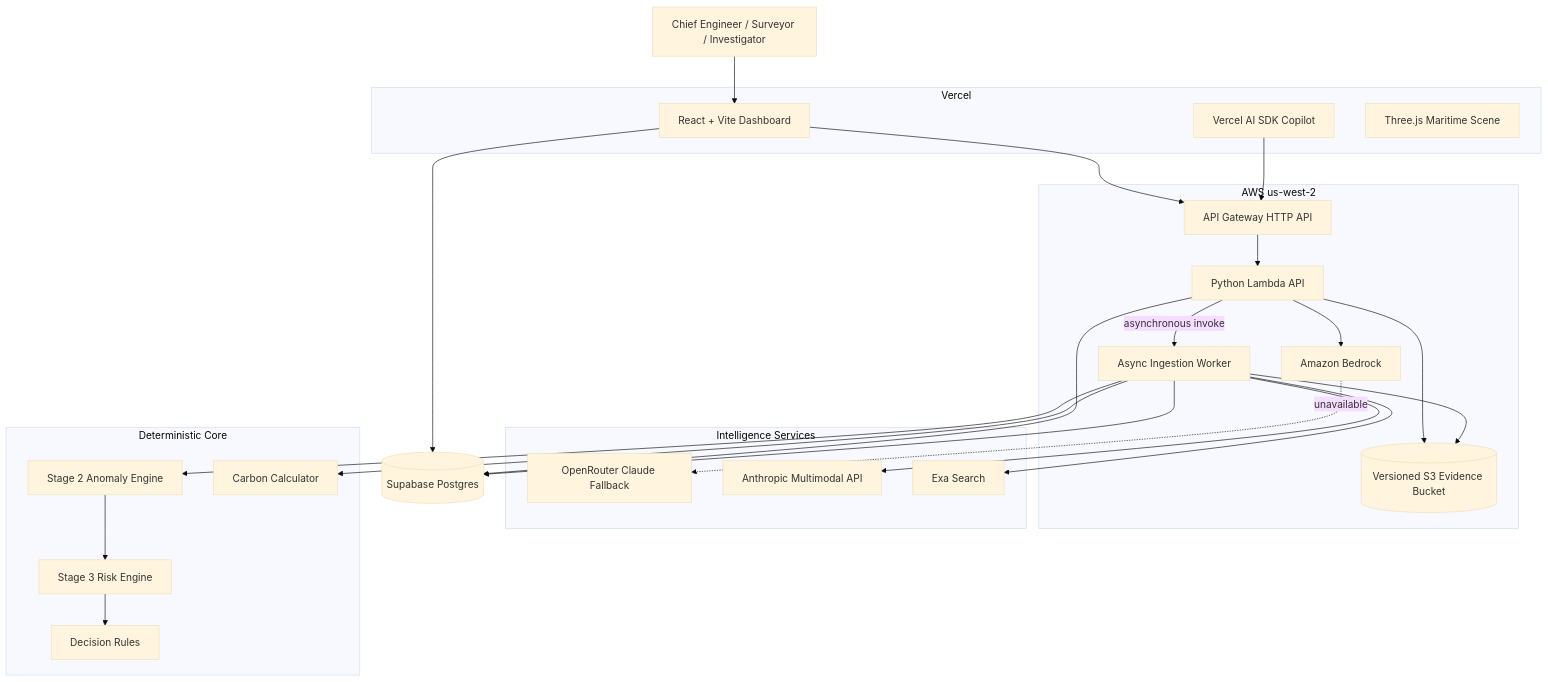
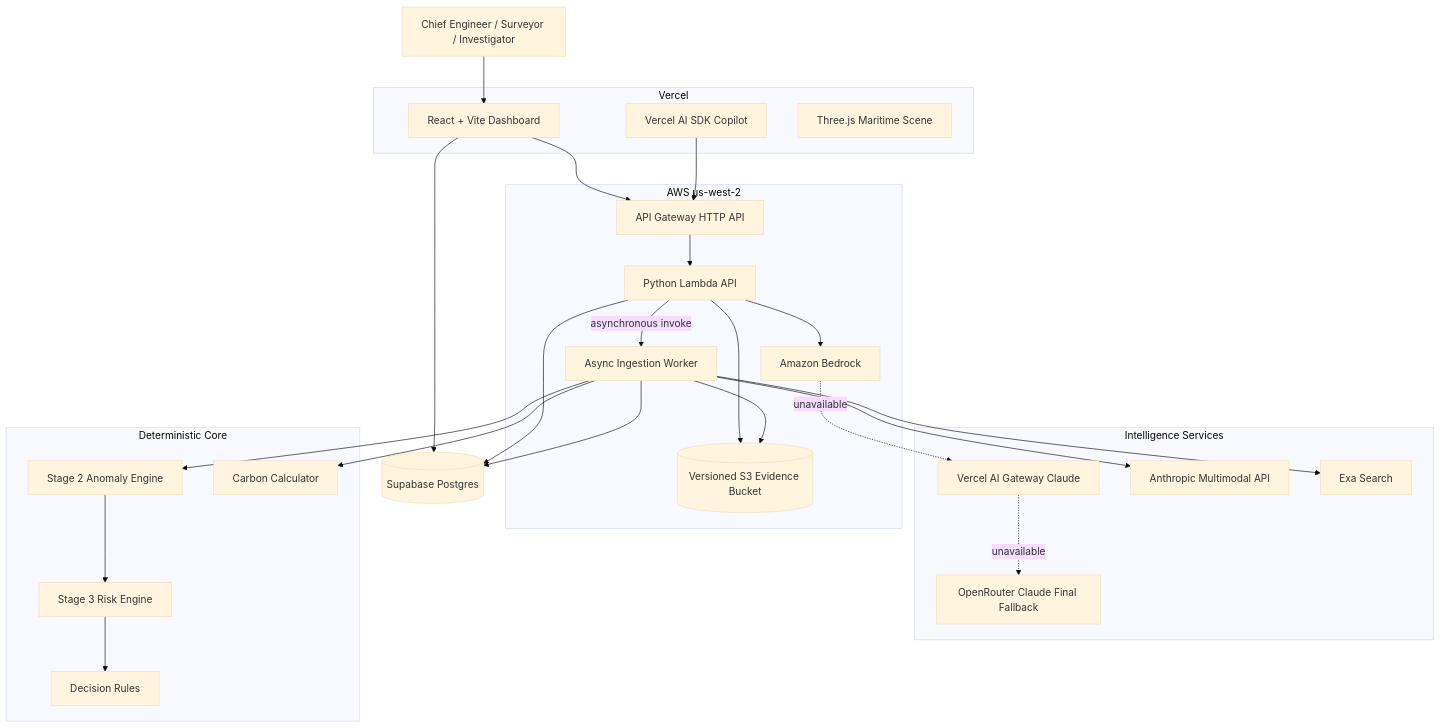
Before and after one commit to Scarce01/bunkerguard-ai: the first of 5 diagrams in README.md, drawn with Mermaid (base theme). The commit also changed other lines of this file and 1 other file, not shown here.

First line of the commit message:
Document Vercel AI Gateway as production LLM fallback

````diff
--- a/README.md
+++ b/README.md
@@ -113,52 +132,54 @@
 ```mermaid
 flowchart TB
     User[Chief Engineer / Surveyor / Investigator]
 
     subgraph Vercel[Vercel]
         UI[React + Vite Dashboard]
         AIUI[Vercel AI SDK Copilot]
         Three[Three.js Maritime Scene]
     end
 
     subgraph AWS[AWS us-west-2]
         APIGW[API Gateway HTTP API]
         Lambda[Python Lambda API]
         Worker[Async Ingestion Worker]
         Bedrock[Amazon Bedrock]
         S3[(Versioned S3 Evidence Bucket)]
     end
 
     subgraph External[Intelligence Services]
-        OpenRouter[OpenRouter Claude Fallback]
+        Gateway[Vercel AI Gateway Claude]
+        OpenRouter[OpenRouter Claude Final Fallback]
         Anthropic[Anthropic Multimodal API]
         Exa[Exa Search]
     end
 
     subgraph Core[Deterministic Core]
         Stage2[Stage 2 Anomaly Engine]
         Stage3[Stage 3 Risk Engine]
         Carbon[Carbon Calculator]
         Decision[Decision Rules]
     end
 
     DB[(Supabase Postgres)]
 
     User --> UI
     UI --> DB
     UI --> APIGW
     AIUI --> APIGW
     APIGW --> Lambda
     Lambda --> S3
     Lambda --> DB
     Lambda --> Bedrock
-    Bedrock -. unavailable .-> OpenRouter
+    Bedrock -. unavailable .-> Gateway
+    Gateway -. unavailable .-> OpenRouter
     Lambda -->|asynchronous invoke| Worker
     Worker --> Anthropic
     Worker --> Exa
     Worker --> Stage2
     Stage2 --> Stage3
     Worker --> Carbon
     Stage3 --> Decision
     Worker --> S3
     Worker --> DB
 ```
````
